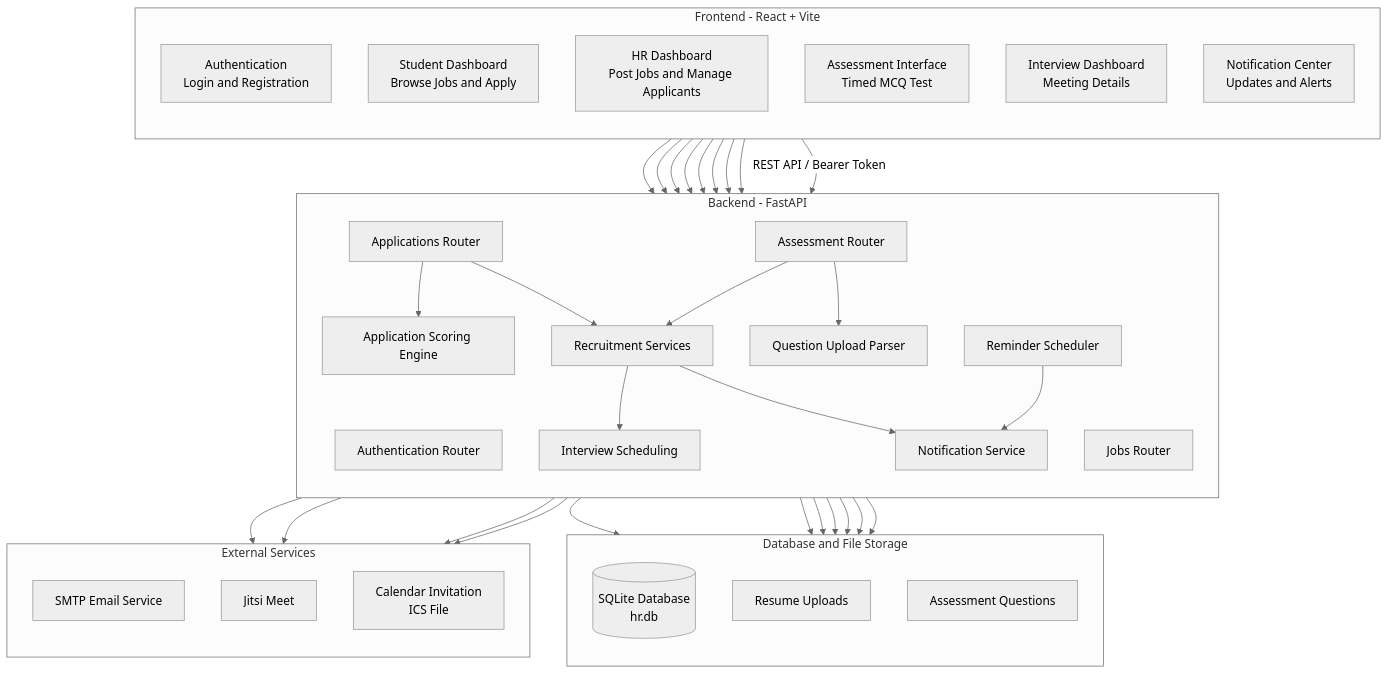
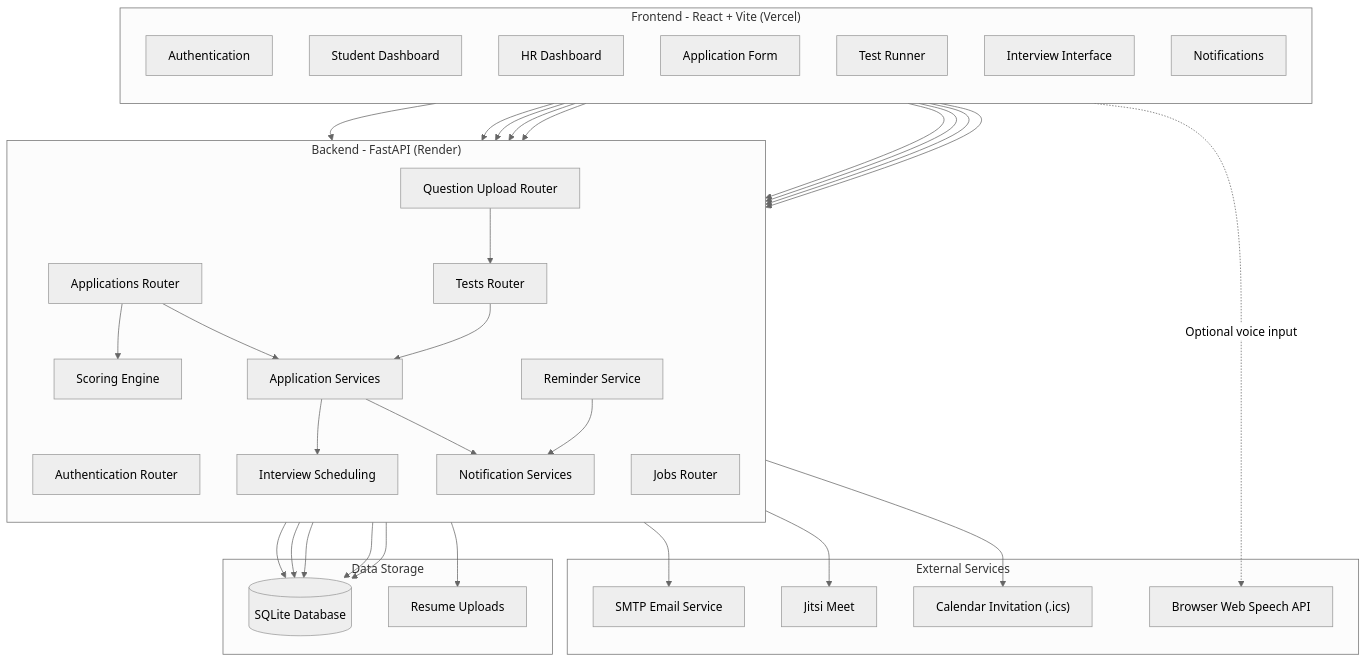
The first of 5 diagrams in README.md (Mysteriousboy727/Hr_Evaluator), drawn with Mermaid (neutral theme) before and after one commit. The commit also changed other lines of this file, not shown here.

````diff
--- a/README.md
+++ b/README.md
@@ -70,73 +115,69 @@
 ```mermaid
 flowchart TB
-
-    subgraph FRONTEND["Frontend - React + Vite"]
+    subgraph FRONTEND["Frontend - React + Vite (Vercel)"]
         direction TB
-        F1["Authentication<br/>Login and Registration"]
-        F2["Student Dashboard<br/>Browse Jobs and Apply"]
-        F3["HR Dashboard<br/>Post Jobs and Manage Applicants"]
-        F4["Assessment Interface<br/>Timed MCQ Test"]
-        F5["Interview Dashboard<br/>Meeting Details"]
-        F6["Notification Center<br/>Updates and Alerts"]
+        A["Authentication"]
+        B["Student Dashboard"]
+        C["HR Dashboard"]
+        D["Application Form"]
+        E["Test Runner"]
+        F["Interview Interface"]
+        G["Notifications"]
     end
 
-    subgraph BACKEND["Backend - FastAPI"]
+    subgraph BACKEND["Backend - FastAPI (Render)"]
         direction TB
-        B1["Authentication Router"]
-        B2["Jobs Router"]
-        B3["Applications Router"]
-        B4["Assessment Router"]
-        B5["Question Upload Parser"]
-        B6["Application Scoring Engine"]
-        B7["Recruitment Services"]
-        B8["Interview Scheduling"]
-        B9["Notification Service"]
-        B10["Reminder Scheduler"]
+        H["Authentication Router"]
+        I["Jobs Router"]
+        J["Applications Router"]
+        K["Tests Router"]
+        L["Question Upload Router"]
+        M["Scoring Engine"]
+        N["Application Services"]
+        O["Notification Services"]
+        P["Interview Scheduling"]
+        Q["Reminder Service"]
     end
 
-    subgraph STORAGE["Database and File Storage"]
-        direction TB
-        D1[("SQLite Database<br/>hr.db")]
-        D2["Resume Uploads"]
-        D3["Assessment Questions"]
+    subgraph STORAGE["Data Storage"]
+        R[("SQLite Database")]
+        S["Resume Uploads"]
     end
 
     subgraph EXTERNAL["External Services"]
-        direction TB
-        E1["SMTP Email Service"]
-        E2["Jitsi Meet"]
-        E3["Calendar Invitation<br/>ICS File"]
+        T["SMTP Email Service"]
+        U["Jitsi Meet"]
+        V["Calendar Invitation (.ics)"]
+        W["Browser Web Speech API"]
     end
 
-    FRONTEND -->|"REST API / Bearer Token"| BACKEND
+    A --> H
+    B --> I
+    B --> J
+    C --> I
+    C --> J
+    D --> J
+    E --> K
+    F --> P
+    G --> O
 
-    F1 --> B1
-    F2 --> B2
-    F2 --> B3
-    F3 --> B2
-    F3 --> B3
-    F4 --> B4
-    F5 --> B8
-    F6 --> B9
+    J --> M
+    J --> N
+    K --> N
+    L --> K
+    N --> P
+    N --> O
+    P --> R
+    Q --> O
 
-    B3 --> B6
-    B3 --> B7
-    B4 --> B5
-    B4 --> B7
-    B7 --> B8
-    B7 --> B9
-    B8 --> D1
-    B9 --> D1
-    B10 --> B9
+    H --> R
+    I --> R
+    J --> R
+    K --> R
+    J --> S
 
-    B1 --> D1
-    B2 --> D1
-    B3 --> D1
-    B3 --> D2
-    B4 --> D3
-
-    B9 --> E1
-    B8 --> E2
-    B8 --> E3
-    B10 --> E1
+    O --> T
+    P --> U
+    P --> V
+    D -. Optional voice input .-> W
 ```
````
